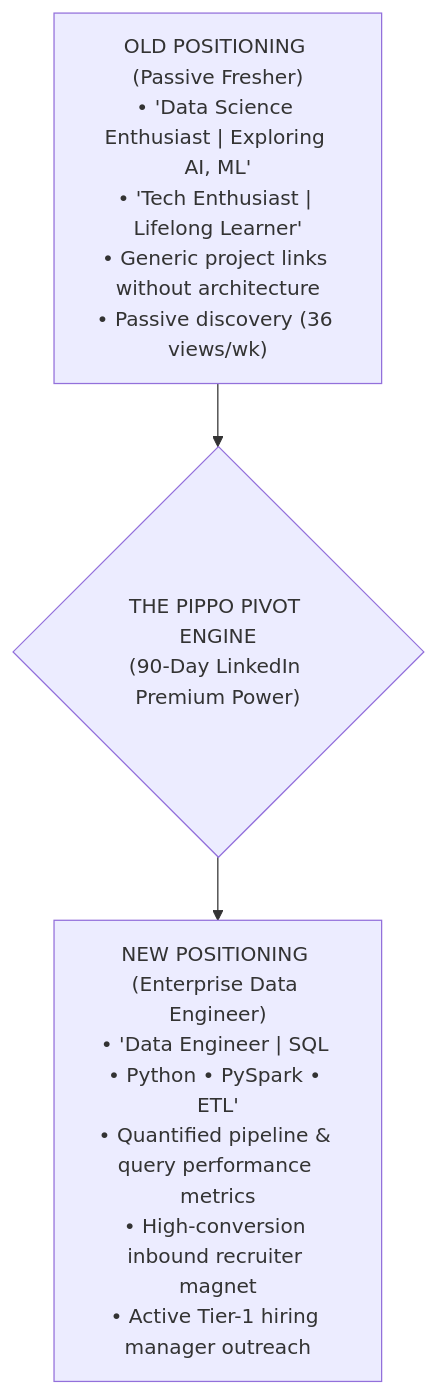
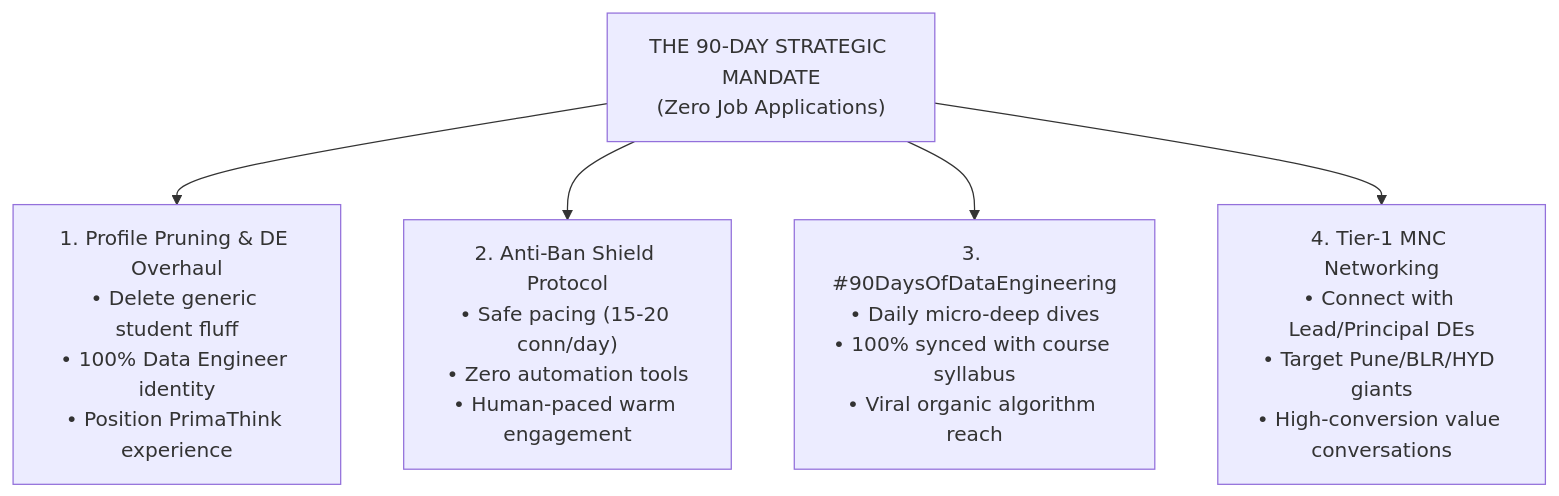
The first of 2 diagrams in EXTRA_MAGICAL_FILES/LINKEDIN_DATA_ENGINEER_PROFILE_REDESIGN_AND_PREMIUM_STRATEGY.md (arpit-m-bangre/Data-Engineering-Master-Course), drawn with Mermaid before and after one commit. The commit also changed other lines of this file, not shown here.

Commit message:
feat(branding): integrate zero-application 90-day authority blueprint, anti-ban shield & #90DaysOfDataEngineering series

````diff
--- a/EXTRA_MAGICAL_FILES/LINKEDIN_DATA_ENGINEER_PROFILE_REDESIGN_AND_PREMIUM_STRATEGY.md
+++ b/EXTRA_MAGICAL_FILES/LINKEDIN_DATA_ENGINEER_PROFILE_REDESIGN_AND_PREMIUM_STRATEGY.md
@@ -14,10 +14,12 @@
 ```mermaid
 flowchart TD
-    OLD["OLD POSITIONING (Passive Fresher)\n• 'Data Science Enthusiast | Exploring AI, ML'\n• 'Tech Enthusiast | Lifelong Learner'\n• Generic project links without architecture\n• Passive discovery (36 views/wk)"]
+    GOAL["THE 90-DAY STRATEGIC MANDATE\n(Zero Job Applications)"]
     
-    PIVOT{"THE PIPPO PIVOT ENGINE\n(90-Day LinkedIn Premium Power)"}
+    GOAL --> P1["1. Profile Pruning & DE Overhaul\n• Delete generic student fluff\n• 100% Data Engineer identity\n• Position PrimaThink experience"]
     
-    NEW["NEW POSITIONING (Enterprise Data Engineer)\n• 'Data Engineer | SQL • Python • PySpark • ETL'\n• Quantified pipeline & query performance metrics\n• High-conversion inbound recruiter magnet\n• Active Tier-1 hiring manager outreach"]
+    GOAL --> P2["2. Anti-Ban Shield Protocol\n• Safe pacing (15-20 conn/day)\n• Zero automation tools\n• Human-paced warm engagement"]
     
-    OLD --> PIVOT --> NEW
+    GOAL --> P3["3. #90DaysOfDataEngineering\n• Daily micro-deep dives\n• 100% synced with course syllabus\n• Viral organic algorithm reach"]
+    
+    GOAL --> P4["4. Tier-1 MNC Networking\n• Connect with Lead/Principal DEs\n• Target Pune/BLR/HYD giants\n• High-conversion value conversations"]
 ```
````
